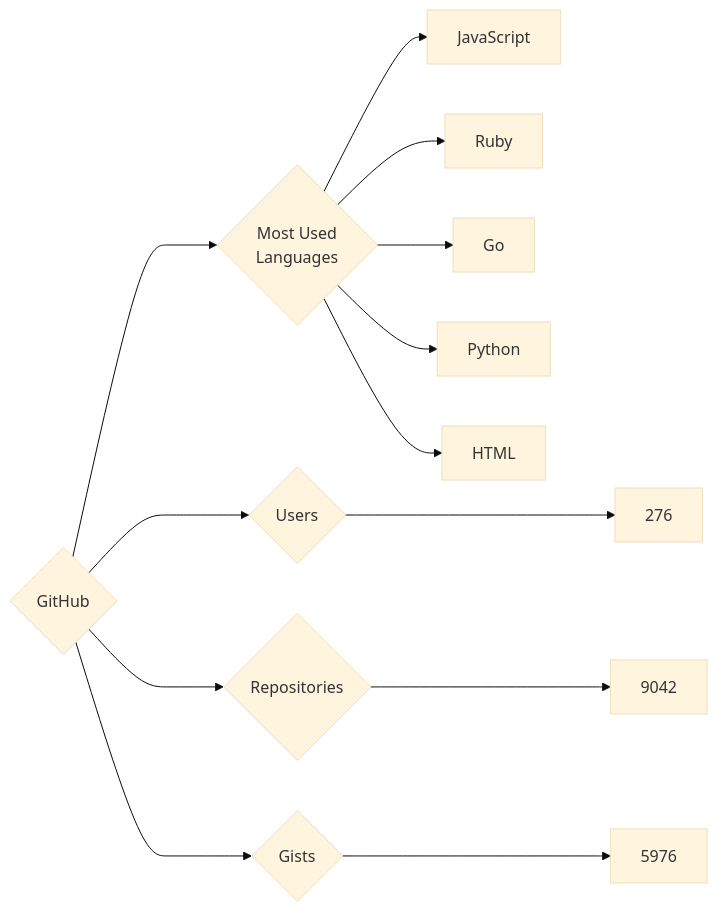
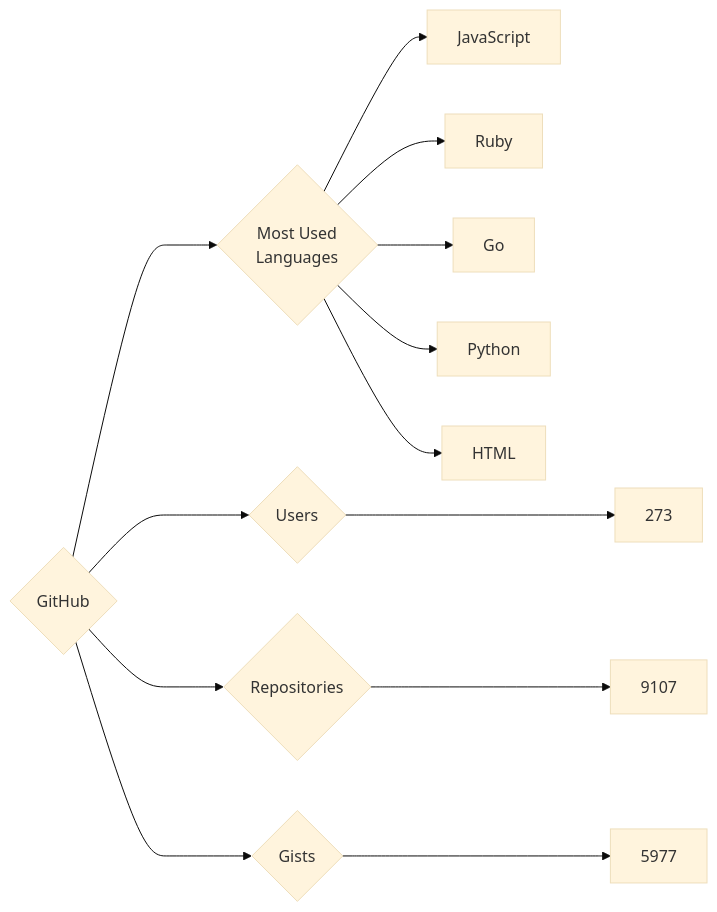
One commit to trickest/insiders changed the diagram in targets/GitHub/README.md. Above: the diagram before and after it, drawn with Mermaid (base theme). The commit also changed 1195 other files, not shown here.

````diff
--- a/targets/GitHub/README.md
+++ b/targets/GitHub/README.md
@@ -3,13 +3,13 @@
 ```mermaid
 graph LR
 COMPANY_NAME{GitHub}
-COMPANY_NAME ---> U{Users} ---> UN[276]
-COMPANY_NAME ---> R{Repositories} ---> RN[9042]
-COMPANY_NAME ---> G{Gists} ---> GN[5976]
+COMPANY_NAME ---> U{Users} ---> UN[273]
+COMPANY_NAME ---> R{Repositories} ---> RN[9107]
+COMPANY_NAME ---> G{Gists} ---> GN[5977]
 COMPANY_NAME ---> ML{Most Used<br>Languages}
 ML --> JavaScript[JavaScript]
 ML --> Ruby[Ruby]
 ML --> Go[Go]
 ML --> Python[Python]
 ML --> HTML[HTML]
 ```
````
